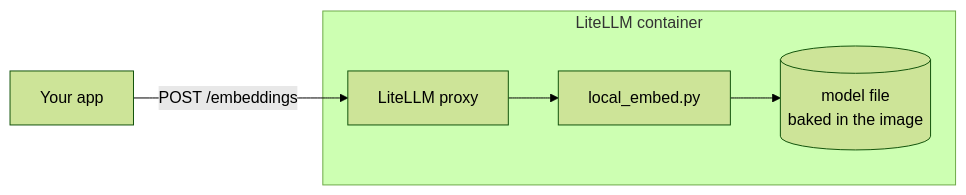
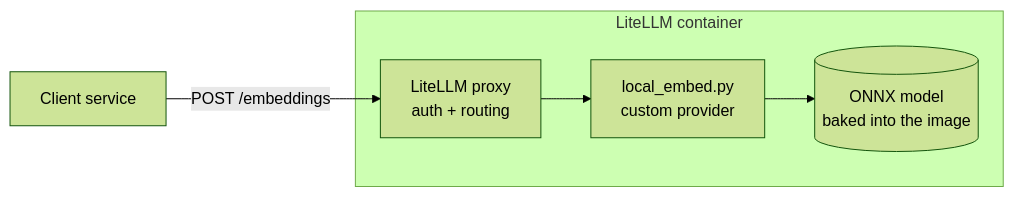
One commit to farid809/litellm-local-embeddings changed the diagram in README.md. Above: the diagram before and after it, drawn with Mermaid (forest theme). The commit also changed other lines of this file and 15 other files, not shown here.

````diff
--- a/README.md
+++ b/README.md
@@ -7,7 +6,7 @@
 ```mermaid
 flowchart LR
-    App[Your app] -->|POST /embeddings| P
+    App[Client service] -->|POST /embeddings| P
     subgraph C["LiteLLM container"]
-        P[LiteLLM proxy] --> H[local_embed.py] --> M[(model file<br/>baked in the image)]
+        P[LiteLLM proxy<br/>auth + routing] --> H[local_embed.py<br/>custom provider] --> M[(ONNX model<br/>baked into the image)]
     end
 ```
````
